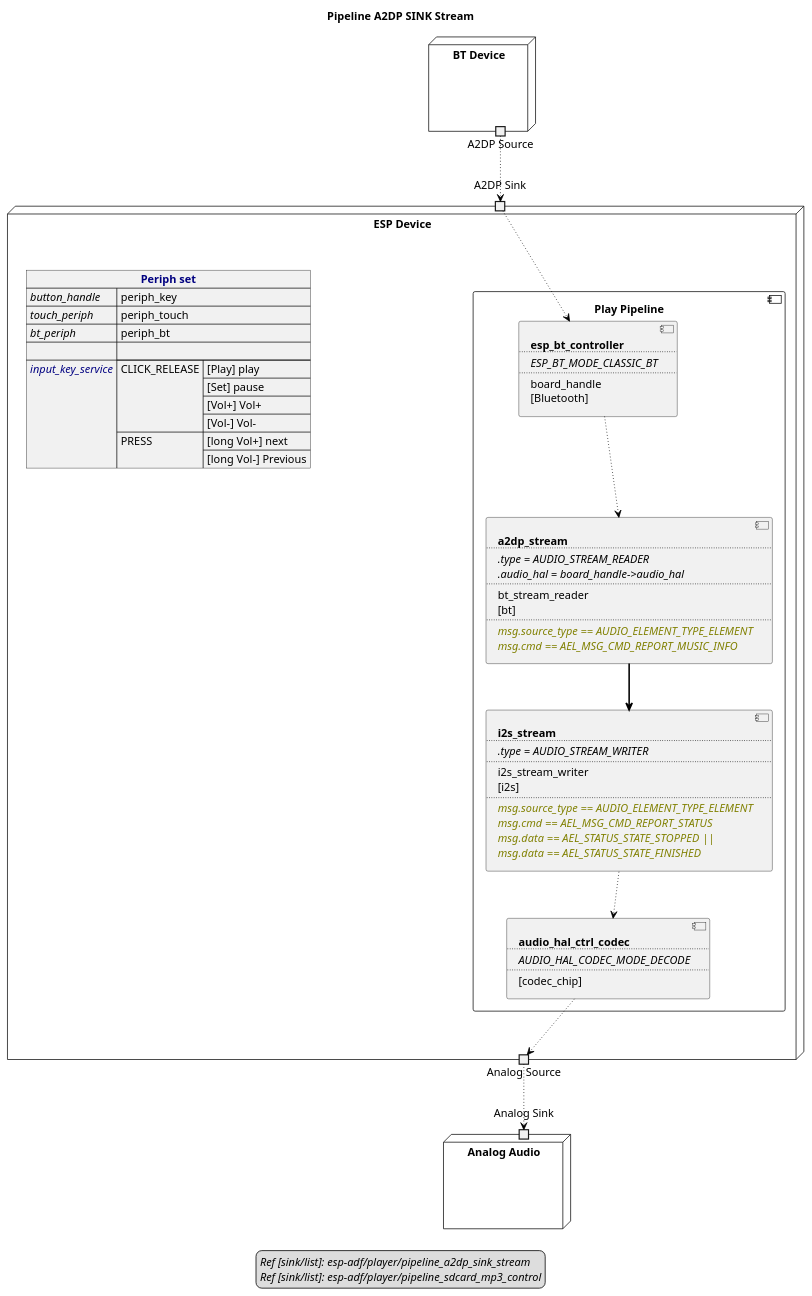
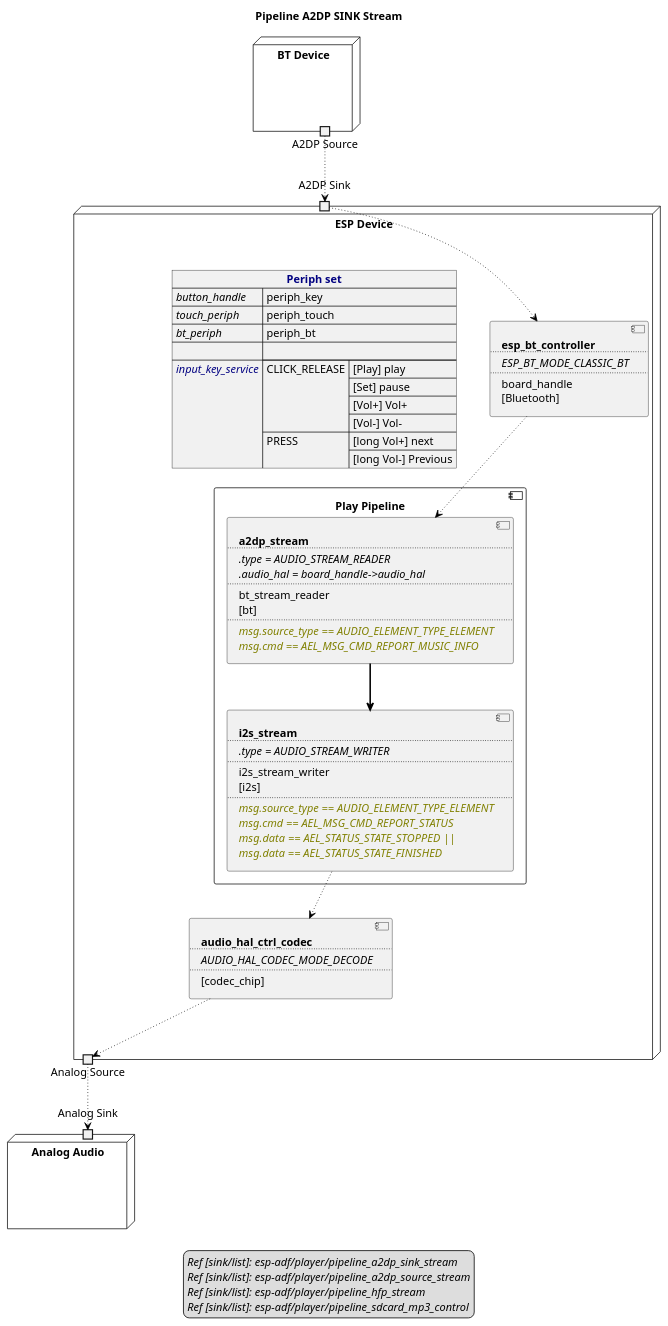
Before and after one commit to liang-zhu-zi/open-audio-adapter: the diagram in examples/esp-adf/player/pipeline_a2dp_sink_stream/audio-stream-diagram.plantuml, drawn with PlantUML. The commit also changed 13 other files, not shown here.

Commit message:
add audio flow chart

```diff
--- a/examples/esp-adf/player/pipeline_a2dp_sink_stream/audio-stream-diagram.plantuml
+++ b/examples/esp-adf/player/pipeline_a2dp_sink_stream/audio-stream-diagram.plantuml
@@ -1,97 +1,100 @@
 @startuml pipeline_a2dp_sink_stream
 title Pipeline A2DP SINK Stream
 allowmixing
 
 legend
 //Ref [sink/list]: esp-adf/player/pipeline_a2dp_sink_stream//
+//Ref [sink/list]: esp-adf/player/pipeline_a2dp_source_stream//
+//Ref [sink/list]: esp-adf/player/pipeline_hfp_stream//
 //Ref [sink/list]: esp-adf/player/pipeline_sdcard_mp3_control//
 end legend
 
 node "BT Device" as BTDevice  {
     portout "A2DP Source" as BTDeviceA2DPSource
 } 
 
 node "ESP Device" as ESPDevice  {
     json "<b><color navy>Periph set" as periph_set {
         "<i>button_handle": "periph_key",
         "<i>touch_periph": "periph_touch",
         "<i>bt_periph": "periph_bt",
         "": "",
         "<i><color navy>input_key_service" : {
             "CLICK_RELEASE":["[Play] play", 
                              "[Set] pause",
                              "[Vol+] Vol+",
                              "[Vol-] Vol-"
             ],
             "PRESS":["[long Vol+] next",
                      "[long Vol-] Previous"
             ]
         }
     }
 
     portin "A2DP Sink" as BTA2DPSink
 
+    component BTController [
+        <b>esp_bt_controller
+        ....
+        <i>ESP_BT_MODE_CLASSIC_BT
+        ....
+        board_handle
+        [Bluetooth]
+    ]
+
     component "Play Pipeline" as PlayPipeline {
-        component BTController [
-            <b>esp_bt_controller
-            ....
-            <i>ESP_BT_MODE_CLASSIC_BT
-            ....
-            board_handle
-            [Bluetooth]
-        ]
 
         component A2DPStream [
             <b>a2dp_stream
             ....
             <i>.type = AUDIO_STREAM_READER
             <i>.audio_hal = board_handle->audio_hal
             ....
             bt_stream_reader
             [bt]
             ....
             <i><color olive>msg.source_type == AUDIO_ELEMENT_TYPE_ELEMENT
             <i><color olive>msg.cmd == AEL_MSG_CMD_REPORT_MUSIC_INFO
         ]
 
         component I2SStream [
             <b>i2s_stream
             ....
             <i>.type = AUDIO_STREAM_WRITER
             ....
             i2s_stream_writer
             [i2s]
             ....
             <i><color olive>msg.source_type == AUDIO_ELEMENT_TYPE_ELEMENT
             <i><color olive>msg.cmd == AEL_MSG_CMD_REPORT_STATUS
             <i><color olive>msg.data == AEL_STATUS_STATE_STOPPED ||
             <i><color olive>msg.data == AEL_STATUS_STATE_FINISHED
         ]
+    }
 
-        component HALCodec [
-            <b>audio_hal_ctrl_codec
-            ....
-            <i>AUDIO_HAL_CODEC_MODE_DECODE
-            ....
-            [codec_chip]
-        ]
-    }
+    component HALCodec [
+        <b>audio_hal_ctrl_codec
+        ....
+        <i>AUDIO_HAL_CODEC_MODE_DECODE
+        ....
+        [codec_chip]
+    ]
 
     portout "Analog Source" as AnalogSource
 } 
 
 node "Analog Audio" as AnalogAudio  {
     portin "Analog Sink" as AnalogSink
 }
 
 BTDeviceA2DPSource --> BTA2DPSink   #line:black;line.dotted;text:black
 
 BTA2DPSink  --> BTController    #line:black;line.dotted;text:black
 BTController--> A2DPStream      #line:black;line.dotted;text:black
 A2DPStream  --> I2SStream       #line:black;line.bold;text:black
 I2SStream   --> HALCodec        #line:black;line.dotted;text:black
 HALCodec    --> AnalogSource    #line:black;line.dotted;text:black
 
 AnalogSource --> AnalogSink     #line:black;line.dotted;text:black
 
 @enduml
```
